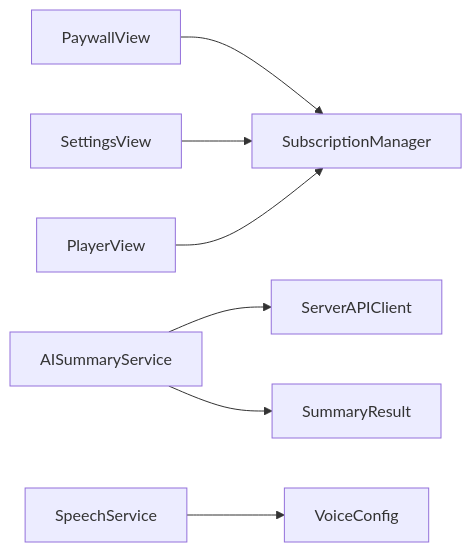
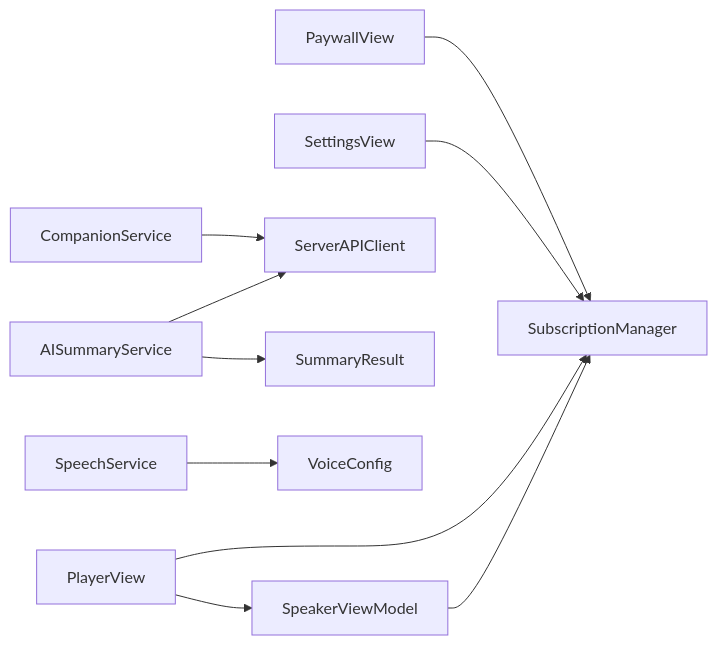
Before and after one commit to Primoguo/VoiceReader: the sixth of 6 diagrams in .qoder/repowiki/zh/content/核心功能模块/订阅管理系统.md, drawn with Mermaid. The commit also changed other lines of this file and 92 other files, not shown here.

````diff
--- a/.qoder/repowiki/zh/content/核心功能模块/订阅管理系统.md
+++ b/.qoder/repowiki/zh/content/核心功能模块/订阅管理系统.md
@@ -294,9 +392,12 @@
 ```mermaid
 graph LR
 Paywall["PaywallView"] --> SubMgr["SubscriptionManager"]
 Settings["SettingsView"] --> SubMgr
 Player["PlayerView"] --> SubMgr
 AISum["AISummaryService"] --> APIClient["ServerAPIClient"]
+Companion["CompanionService"] --> APIClient
 Speech["SpeechService"] --> VoiceCfg["VoiceConfig"]
 AISum --> SumRes["SummaryResult"]
+SpeakerVM["SpeakerViewModel"] --> SubMgr
+Player --> SpeakerVM
 ```
````
